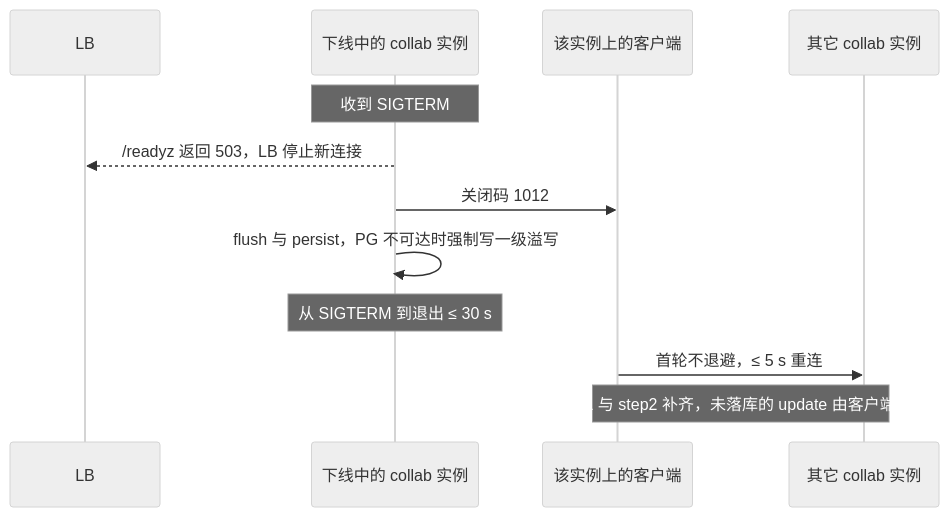
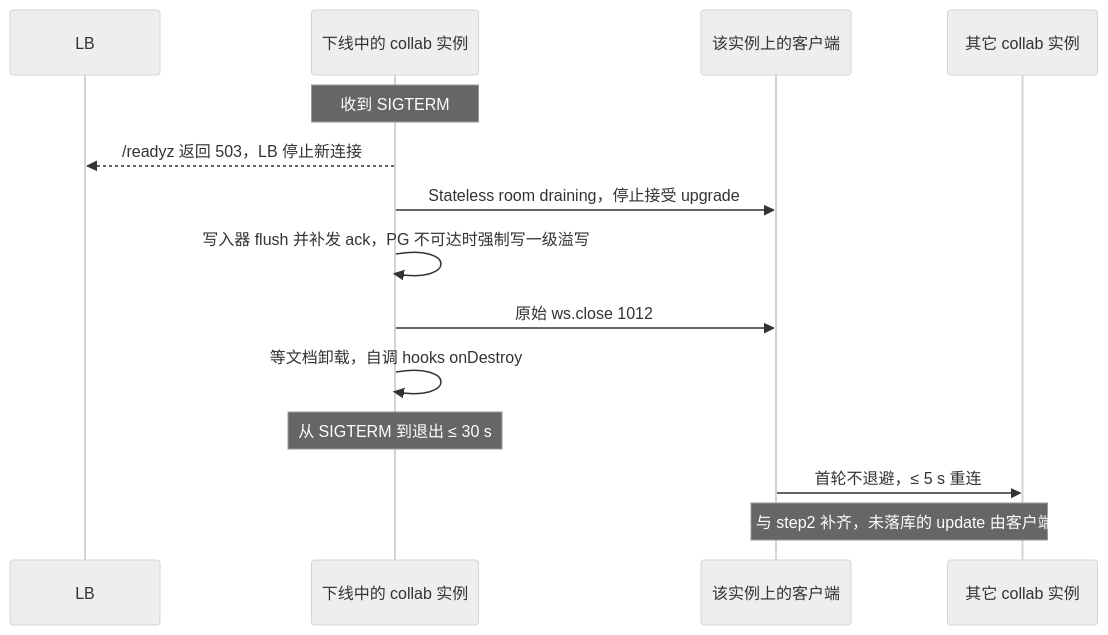
Before and after one commit to Xeonice/cordis-ppt-editor: the second of 2 diagrams in docs/30-architecture/adr/0035-gateway-horizontal-scaling.md, drawn with Mermaid (neutral theme). The commit also changed other lines of this file and 78 other files, not shown here.

````diff
--- a/docs/30-architecture/adr/0035-gateway-horizontal-scaling.md
+++ b/docs/30-architecture/adr/0035-gateway-horizontal-scaling.md
@@ -43,14 +43,16 @@
 ```mermaid
 sequenceDiagram
   participant lb as LB
   participant inst as 下线中的 collab 实例
   participant client as 该实例上的客户端
   participant other as 其它 collab 实例
   Note over inst: 收到 SIGTERM
   inst-->>lb: /readyz 返回 503，LB 停止新连接
-  inst->>client: 关闭码 1012
-  inst->>inst: flush 与 persist，PG 不可达时强制写一级溢写
+  inst->>client: Stateless room draining，停止接受 upgrade
+  inst->>inst: 写入器 flush 并补发 ack，PG 不可达时强制写一级溢写
+  inst->>client: 原始 ws.close 1012
+  inst->>inst: 等文档卸载，自调 hooks onDestroy
   Note over inst: 从 SIGTERM 到退出 ≤ 30 s
   client->>other: 首轮不退避，≤ 5 s 重连
   Note over client,other: step1 与 step2 补齐，未落库的 update 由客户端重发
 ```
````
